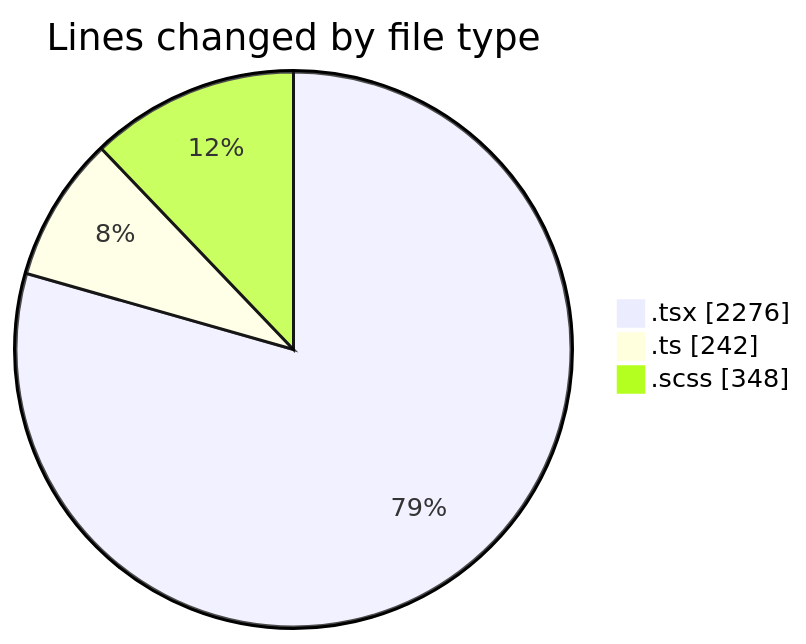
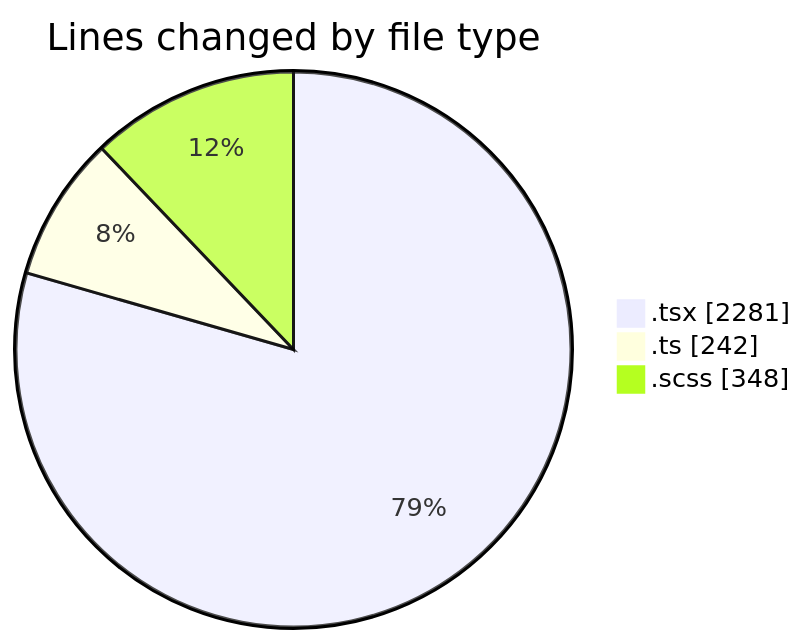
One commit to momahboobian/code-tracking changed the first of 2 diagrams in 2025-09-15/cda/README.md. Above: the diagram before and after it, drawn with Mermaid. The commit also changed other lines of this file and 1 other file, not shown here.

````diff
--- a/2025-09-15/cda/README.md
+++ b/2025-09-15/cda/README.md
@@ -25,7 +25,7 @@
 ```mermaid
 pie showData
 title Lines changed by file type
-".tsx" : 2276
+".tsx" : 2281
 ".ts" : 242
 ".scss" : 348
 ```
````
